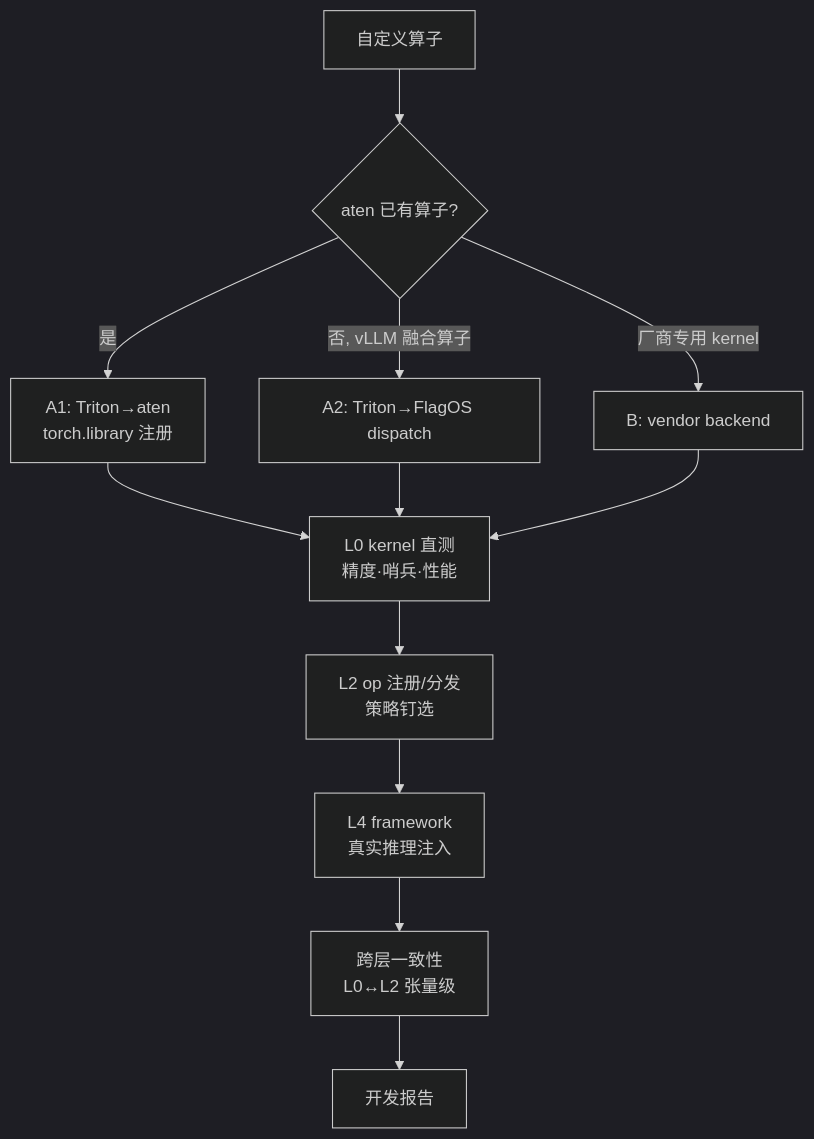
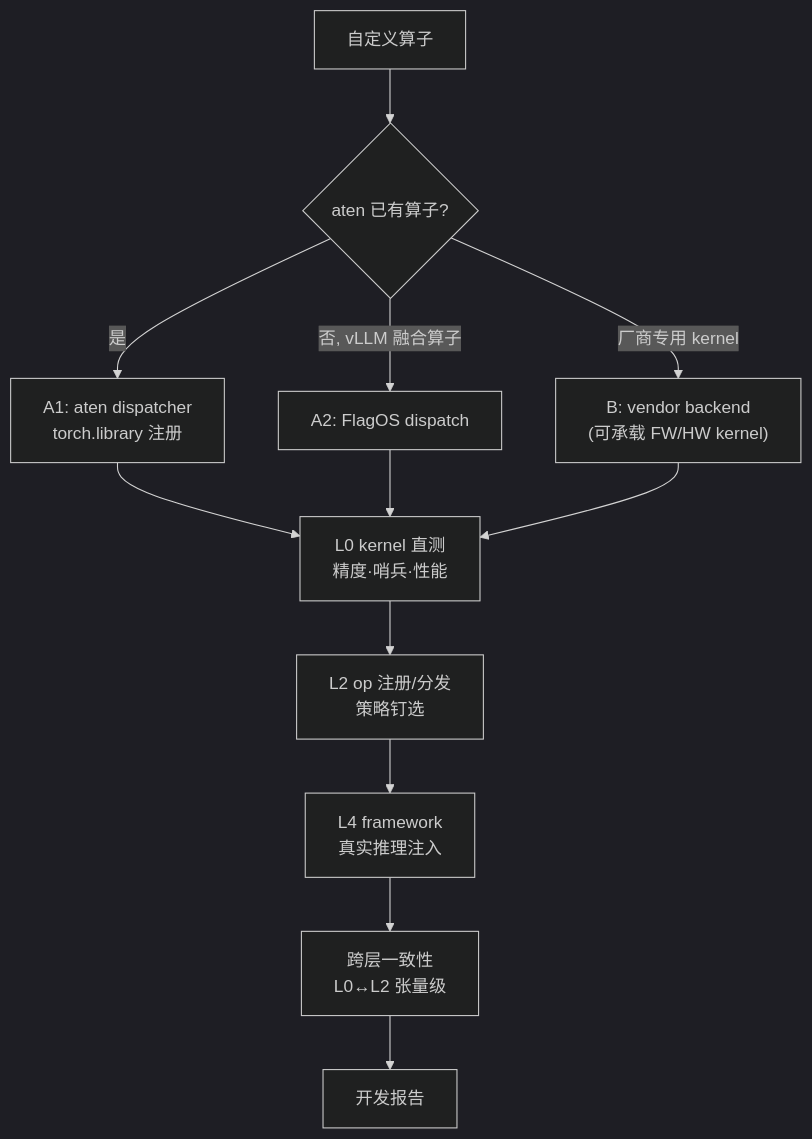
Before and after one commit to FLAG-OP/FlagOS-OP: the diagram in docs/architecture.md, drawn with Mermaid (dark theme). The commit also changed other lines of this file and 6 other files, not shown here.

First line of the commit message:
audit: 修复图文一致性问题——路线名与开发层级解耦

````diff
--- a/docs/architecture.md
+++ b/docs/architecture.md
@@ -42,12 +42,12 @@
 ```mermaid
 flowchart TD
     OP["自定义算子"] --> Q1{"aten 已有算子?"}
-    Q1 -->|是| A1["A1: Triton→aten<br/>torch.library 注册"]
-    Q1 -->|"否, vLLM 融合算子"| A2["A2: Triton→FlagOS dispatch"]
-    Q1 -->|"厂商专用 kernel"| B["B: vendor backend"]
+    Q1 -->|是| A1["A1: aten dispatcher<br/>torch.library 注册"]
+    Q1 -->|"否, vLLM 融合算子"| A2["A2: FlagOS dispatch"]
+    Q1 -->|"厂商专用 kernel"| B["B: vendor backend<br/>(可承载 FW/HW kernel)"]
     A1 & A2 & B --> L0["L0 kernel 直测<br/>精度·哨兵·性能"]
     L0 --> L2["L2 op 注册/分发<br/>策略钉选"]
     L2 --> L4["L4 framework<br/>真实推理注入"]
     L4 --> CONS["跨层一致性<br/>L0↔L2 张量级"]
     CONS --> RPT["开发报告"]
 ```
````
